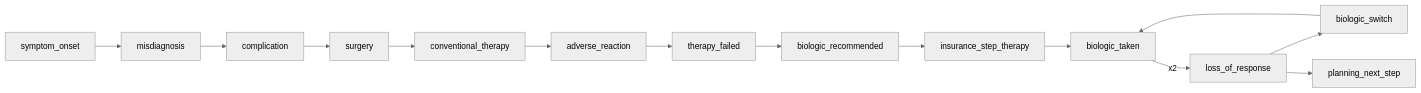
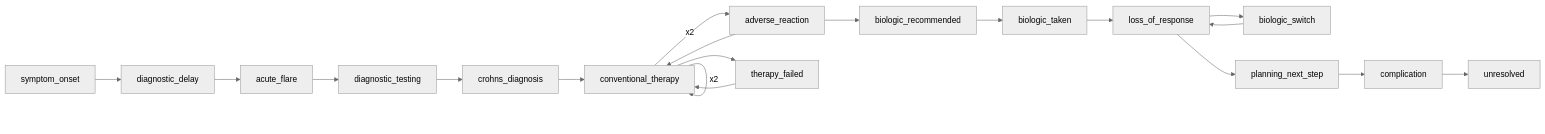
Before and after one commit to carecodeconnect/crohnicity: the eighth of 50 diagrams in docs/referral_pathways.md, drawn with Mermaid. The commit also changed other lines of this file and 136 other files, not shown here.

````diff
--- a/docs/referral_pathways.md
+++ b/docs/referral_pathways.md
@@ -256,30 +281,37 @@
 ``` mermaid
 %%{init: {'theme':'neutral'}}%%
 flowchart LR
     n0["symptom_onset"]
-    n1["misdiagnosis"]
-    n2["complication"]
-    n3["surgery"]
-    n4["conventional_therapy"]
-    n5["adverse_reaction"]
-    n6["therapy_failed"]
-    n7["biologic_recommended"]
-    n8["insurance_step_therapy"]
+    n1["diagnostic_delay"]
+    n2["acute_flare"]
+    n3["diagnostic_testing"]
+    n4["crohns_diagnosis"]
+    n5["conventional_therapy"]
+    n6["adverse_reaction"]
+    n7["therapy_failed"]
+    n8["biologic_recommended"]
     n9["biologic_taken"]
     n10["loss_of_response"]
     n11["biologic_switch"]
     n12["planning_next_step"]
+    n13["complication"]
+    n14["unresolved"]
     n0 -->n1
     n1 -->n2
     n2 -->n3
     n3 -->n4
     n4 -->n5
-    n5 -->n6
-    n6 -->n7
-    n7 -->n8
+    n5 -->|x2| n5
+    n5 -->|x2| n6
+    n6 -->n5
+    n5 -->n7
+    n7 -->n5
+    n6 -->n8
     n8 -->n9
-    n9 -->|x2| n10
+    n9 -->n10
     n10 -->n11
-    n11 -->n9
+    n11 -->n10
     n10 -->n12
+    n12 -->n13
+    n13 -->n14
 ```
````
